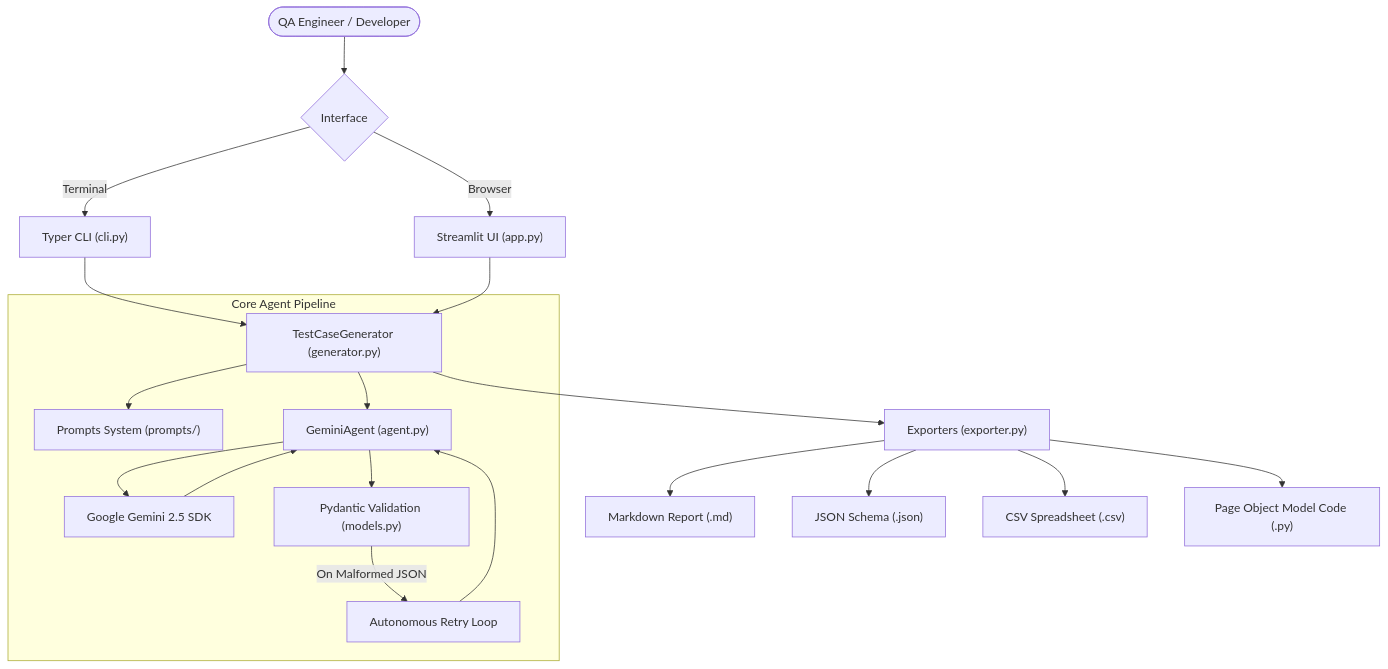
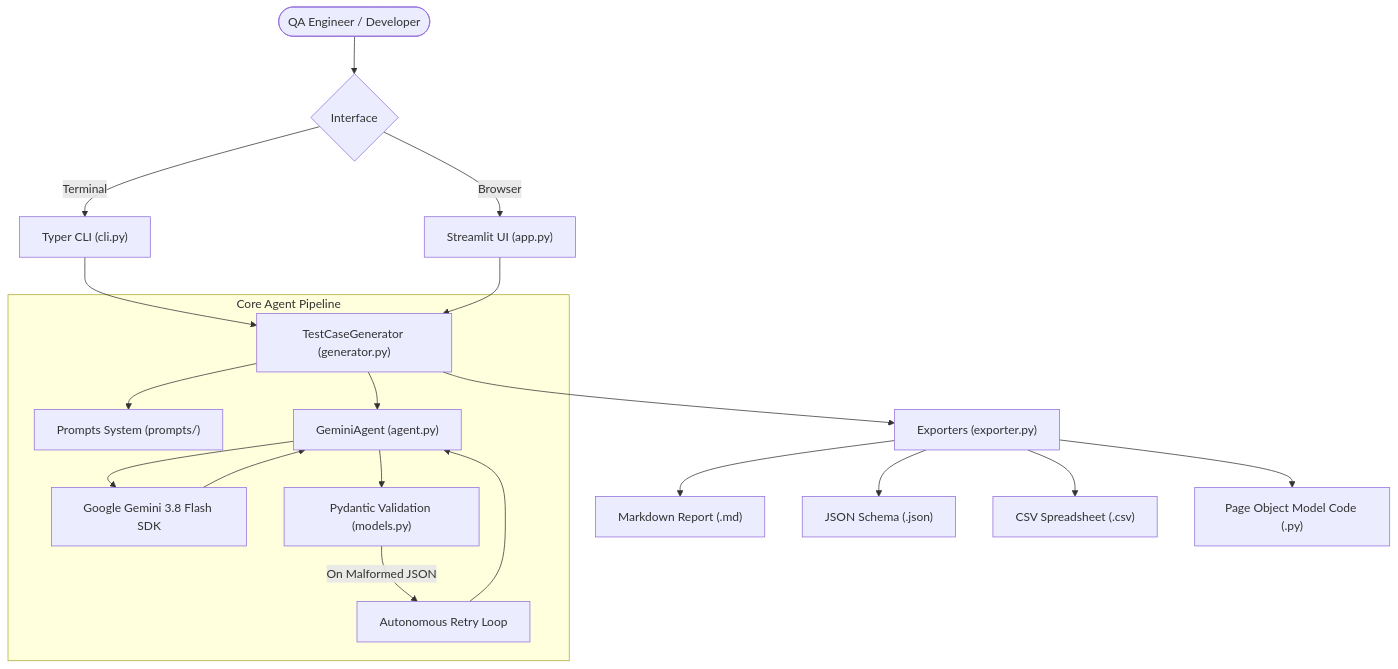
One commit to afreenzohra/testcase-genie changed the diagram in README.md. Above: the diagram before and after it, drawn with Mermaid. The commit also changed other lines of this file and 11 other files, not shown here.

````diff
--- a/README.md
+++ b/README.md
@@ -177,25 +176,25 @@
 ```mermaid
 flowchart TD
     User([QA Engineer / Developer]) --> Interface{Interface}
     Interface -->|Terminal| CLI["Typer CLI (cli.py)"]
     Interface -->|Browser| UI["Streamlit UI (app.py)"]
     
     CLI --> Generator["TestCaseGenerator (generator.py)"]
     UI --> Generator
 
     subgraph AgentCore ["Core Agent Pipeline"]
         Generator --> Prompts["Prompts System (prompts/)"]
         Generator --> GeminiAgent["GeminiAgent (agent.py)"]
-        GeminiAgent --> GoogleGenAI["Google Gemini 2.5 SDK"]
+        GeminiAgent --> GoogleGenAI["Google Gemini 3.8 Flash SDK"]
         GoogleGenAI --> GeminiAgent
         GeminiAgent --> Pydantic["Pydantic Validation (models.py)"]
         Pydantic -->|On Malformed JSON| Repair["Autonomous Retry Loop"]
         Repair --> GeminiAgent
     end
 
     Generator --> Exporters["Exporters (exporter.py)"]
     Exporters --> ExportMD["Markdown Report (.md)"]
     Exporters --> ExportJSON["JSON Schema (.json)"]
     Exporters --> ExportCSV["CSV Spreadsheet (.csv)"]
     Exporters --> ExportPY["Page Object Model Code (.py)"]
 ```
````
